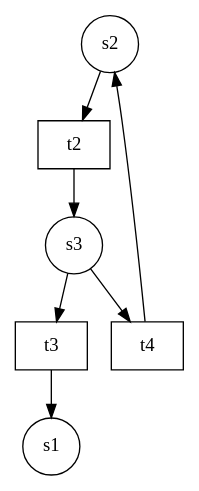
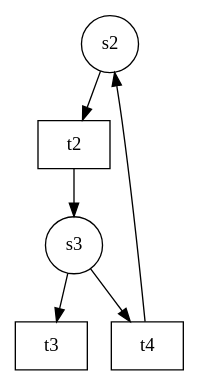
Before and after one commit to dnannen/reduction-of-petri-nets: the diagram in Reduktionsalgorithmen/petri-netz.gv, drawn with Graphviz. The commit also changed 3 other files, not shown here.

```diff
--- a/Reduktionsalgorithmen/petri-netz.gv
+++ b/Reduktionsalgorithmen/petri-netz.gv
@@ -1,14 +1,13 @@
 digraph petrinet{
 node[shape=circle];
 "s2";
 "s3";
 "t2" [shape=box];
 "t3" [shape=box];
 "t4" [shape=box];
 "s2"->"t2"
 "s3"->"t3"
 "s3"->"t4"
 "t2"->"s3"
-"t3"->"s1"
 "t4"->"s2"
 }
```
